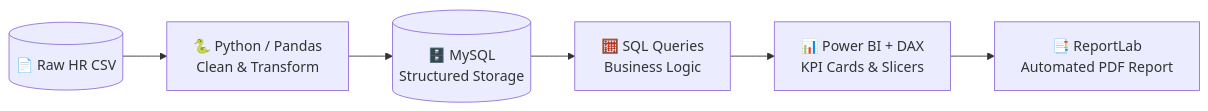
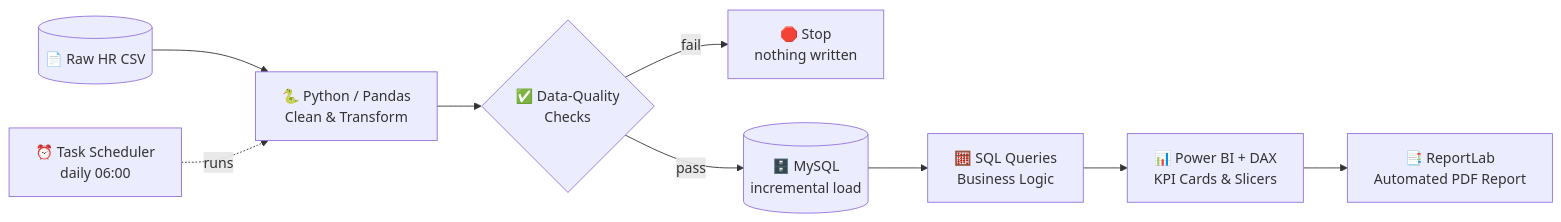
The diagram in README.md (Riq-wq/employee-salary-headcount-dashboard), drawn with Mermaid before and after one commit. The commit also changed other lines of this file and 9 other files, not shown here.

First line of the commit message:
Add automation: validation gate, incremental load, scheduling

````diff
--- a/README.md
+++ b/README.md
@@ -78,8 +78,11 @@
 ```mermaid
 flowchart LR
     A[("📄 Raw HR CSV")] --> B["🐍 Python / Pandas<br/>Clean & Transform"]
-    B --> C[("🗄️ MySQL<br/>Structured Storage")]
+    B --> V{"✅ Data-Quality<br/>Checks"}
+    V -->|fail| X["🛑 Stop<br/>nothing written"]
+    V -->|pass| C[("🗄️ MySQL<br/>incremental load")]
     C --> D["🧮 SQL Queries<br/>Business Logic"]
     D --> E["📊 Power BI + DAX<br/>KPI Cards & Slicers"]
     E --> F["📑 ReportLab<br/>Automated PDF Report"]
+    S["⏰ Task Scheduler<br/>daily 06:00"] -.->|runs| B
 ```
````
